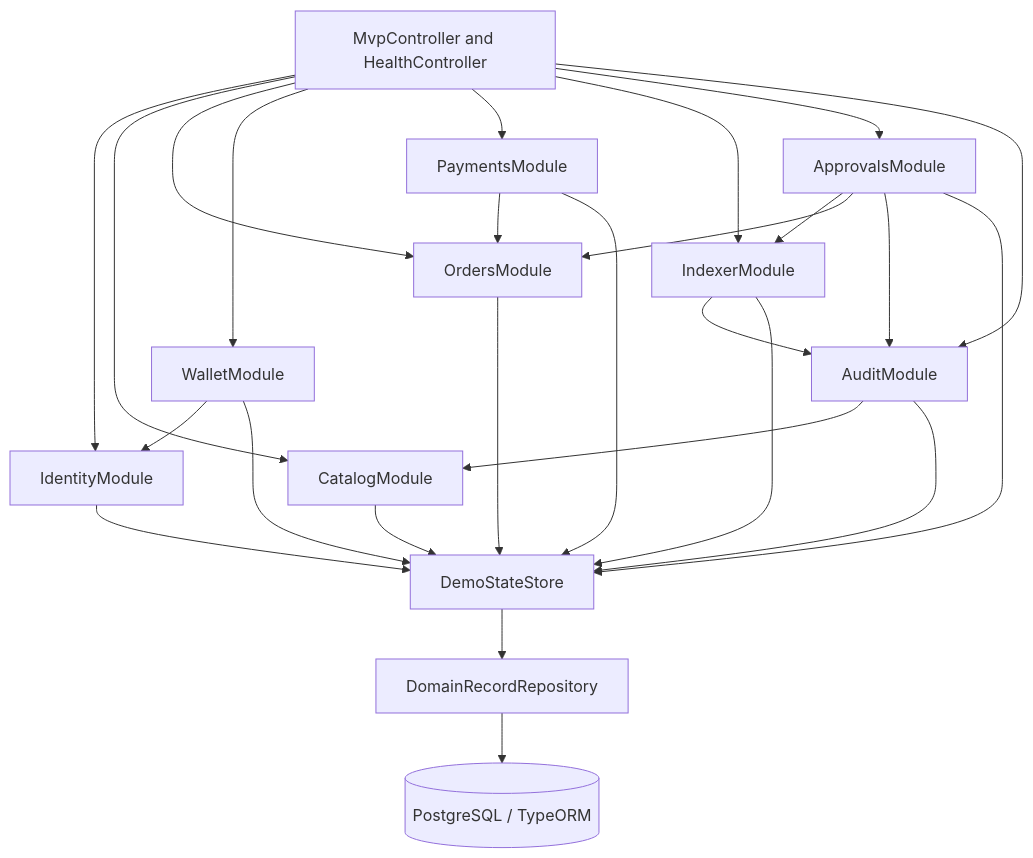
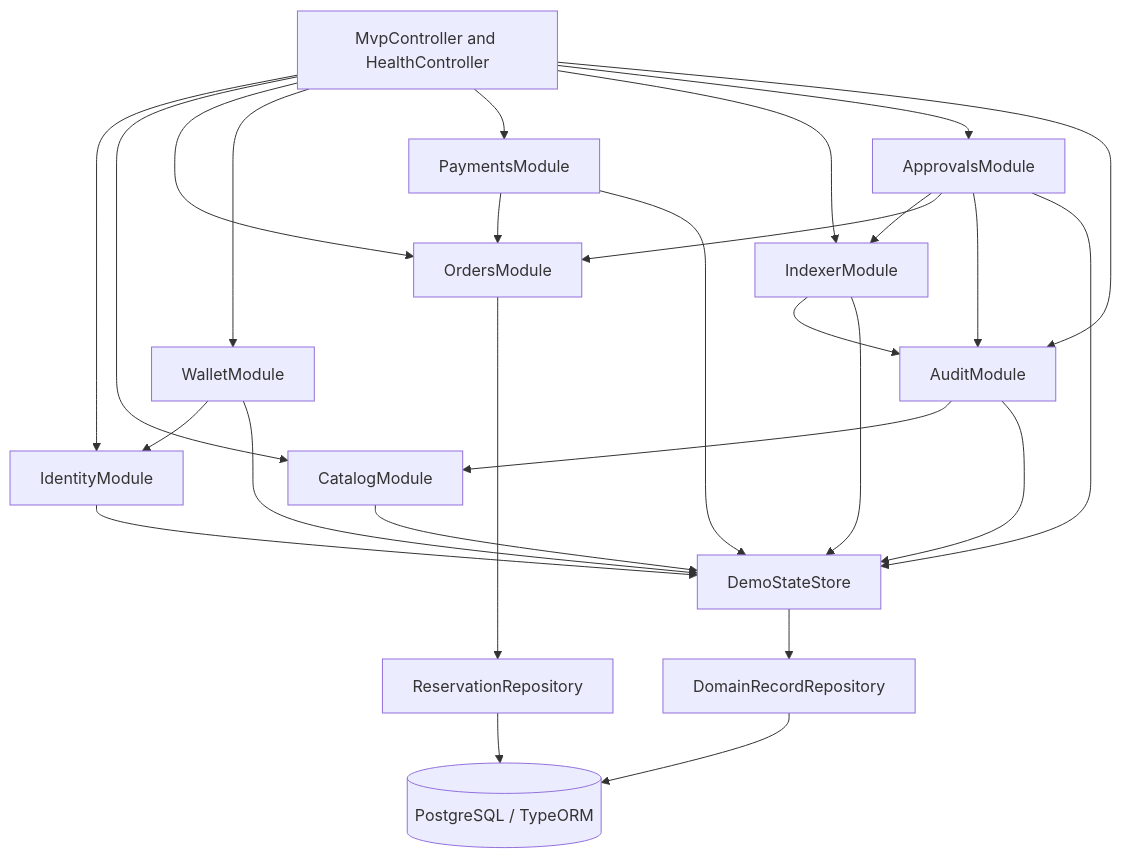
The diagram in docs/mvp-implementation-status.md (Abdiel49/CoBusiness-server), drawn with Mermaid before and after one commit. The commit also changed other lines of this file, not shown here.

Commit message:
docs: clarify reservation persistence architecture

````diff
--- a/docs/mvp-implementation-status.md
+++ b/docs/mvp-implementation-status.md
@@ -26,28 +26,29 @@
 ```mermaid
 flowchart TD
   HTTP[MvpController and HealthController] --> ID[IdentityModule]
   HTTP --> CAT[CatalogModule]
   HTTP --> ORD[OrdersModule]
   HTTP --> WAL[WalletModule]
   HTTP --> PAY[PaymentsModule]
   HTTP --> IDX[IndexerModule]
   HTTP --> APR[ApprovalsModule]
   HTTP --> AUD[AuditModule]
   PAY --> ORD
   WAL --> ID
   IDX --> AUD
   APR --> IDX
   APR --> ORD
   APR --> AUD
   AUD --> CAT
   ID --> STATE[DemoStateStore]
   CAT --> STATE
-  ORD --> STATE
+  ORD --> RES[ReservationRepository]
+  RES --> DB
   WAL --> STATE
   PAY --> STATE
   IDX --> STATE
   APR --> STATE
   AUD --> STATE
   STATE --> REPO[DomainRecordRepository]
   REPO --> DB[(PostgreSQL / TypeORM)]
 ```
````
